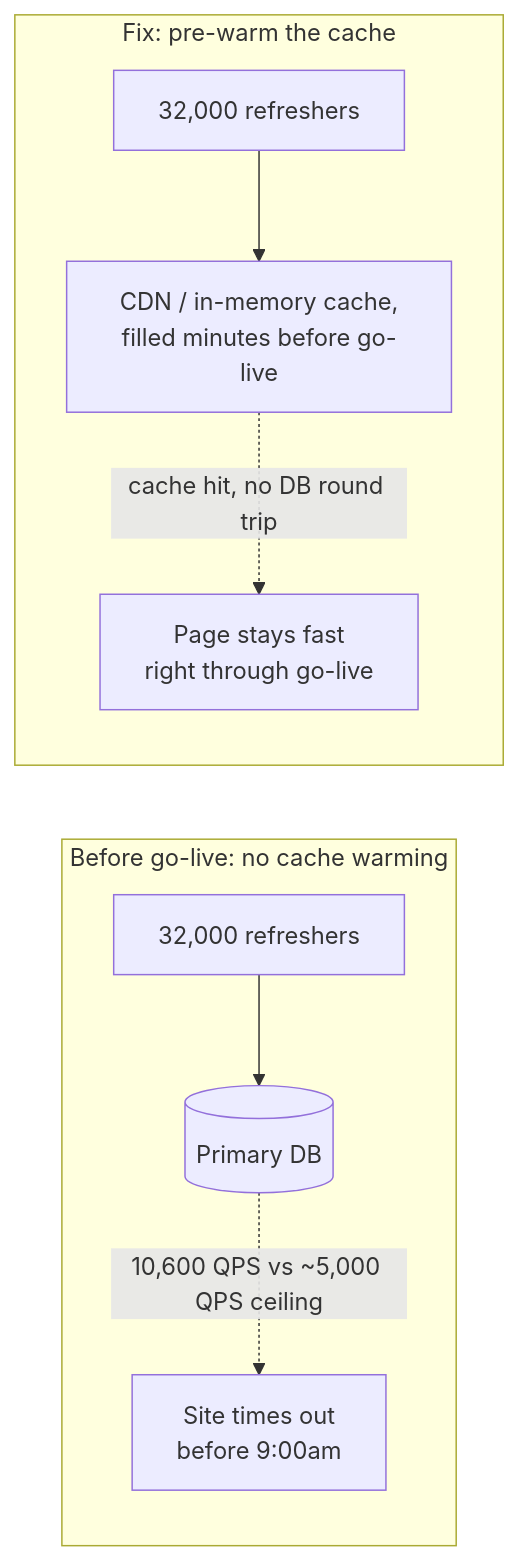
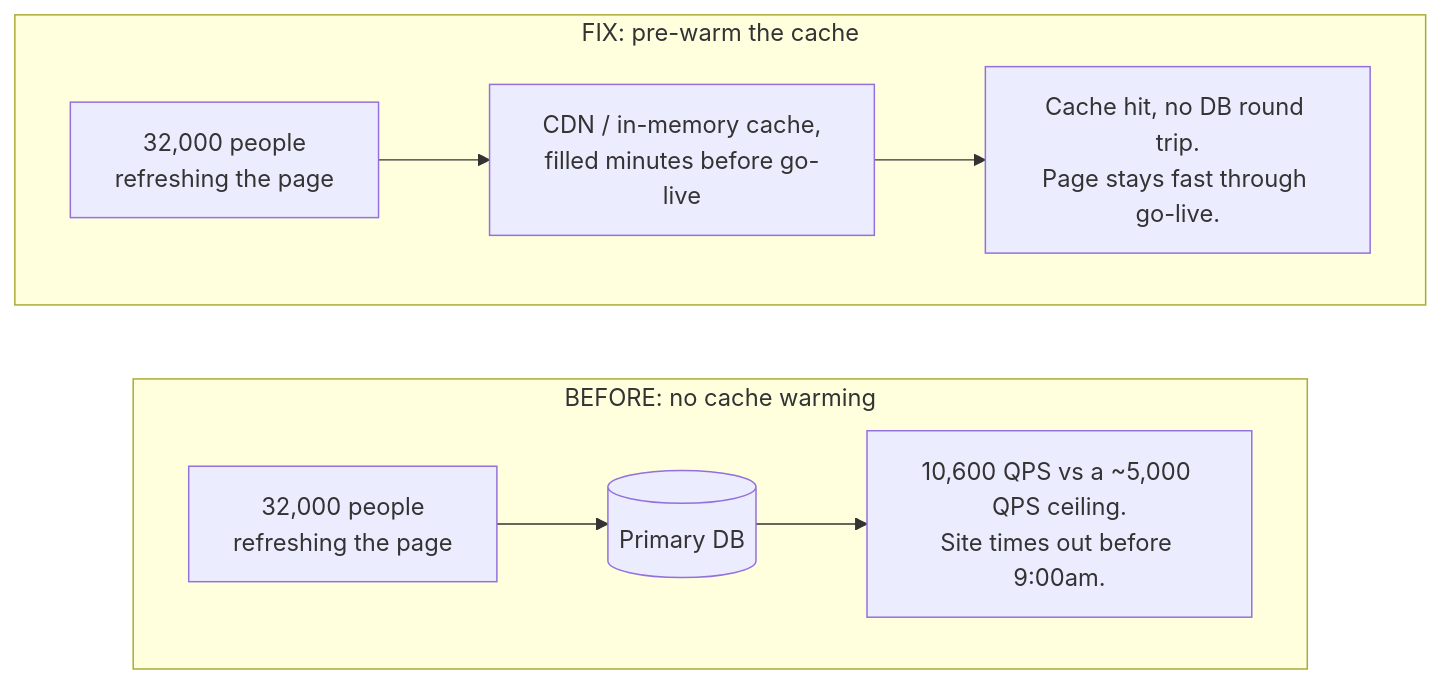
One commit to riyaz-pasha/Learnings changed the second of 13 diagrams in system-design/HLD/0-course/60-Design-a-Flash-Sale-System-FAANG-Guide-story.md. Above: the diagram before and after it, drawn with Mermaid. The commit also changed other lines of this file and 2 other files, not shown here.

Commit message:
[REWRITE] Flash Sale System story guide: simplify prose, add structure, fix diagrams

````diff
--- a/system-design/HLD/0-course/60-Design-a-Flash-Sale-System-FAANG-Guide-story.md
+++ b/system-design/HLD/0-course/60-Design-a-Flash-Sale-System-FAANG-Guide-story.md
@@ -47,11 +148,14 @@
 ```mermaid
 flowchart LR
-    subgraph Before["Before go-live: no cache warming"]
-        R1["32,000 refreshers"] --> DB1[("Primary DB")]
-        DB1 -.->|"10,600 QPS vs ~5,000 QPS ceiling"| Slow1["Site times out\nbefore 9:00am"]
+    subgraph Before["BEFORE: no cache warming"]
+        direction LR
+        R1["32,000 people<br/>refreshing the page"] --> DB1[("Primary DB")]
+        DB1 --> Slow1["10,600 QPS vs a ~5,000 QPS ceiling.<br/>Site times out before 9:00am."]
     end
-    subgraph After["Fix: pre-warm the cache"]
-        R2["32,000 refreshers"] --> Cache["CDN / in-memory cache,\nfilled minutes before go-live"]
-        Cache -.->|"cache hit, no DB round trip"| Fast2["Page stays fast\nright through go-live"]
+
+    subgraph After["FIX: pre-warm the cache"]
+        direction LR
+        R2["32,000 people<br/>refreshing the page"] --> Cache["CDN / in-memory cache,<br/>filled minutes before go-live"]
+        Cache --> Fast2["Cache hit, no DB round trip.<br/>Page stays fast through go-live."]
     end
 ```
````
